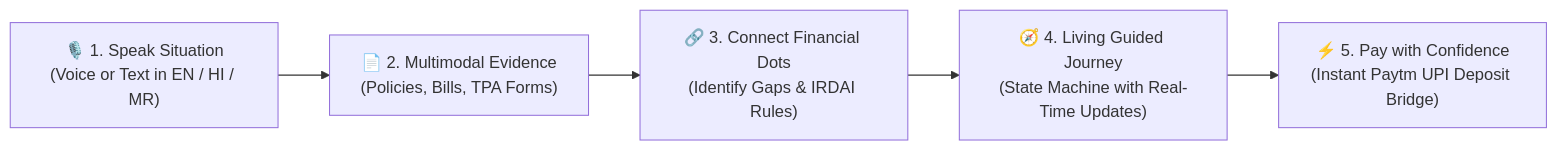
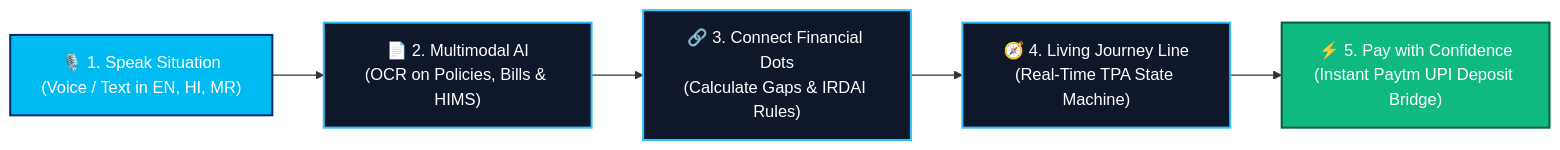
The diagram in README.md (CaptainSanskar4U/Paytm-LifeEvent-Ai), drawn with Mermaid before and after one commit. The commit also changed other lines of this file and 2 other files, not shown here.

````diff
--- a/README.md
+++ b/README.md
@@ -64,7 +127,14 @@
 ```mermaid
 flowchart LR
-    A["🎙️ 1. Speak Situation\n(Voice or Text in EN / HI / MR)"] --> B["📄 2. Multimodal Evidence\n(Policies, Bills, TPA Forms)"]
-    B --> C["🔗 3. Connect Financial Dots\n(Identify Gaps & IRDAI Rules)"]
-    C --> D["🧭 4. Living Guided Journey\n(State Machine with Real-Time Updates)"]
-    D --> E["⚡ 5. Pay with Confidence\n(Instant Paytm UPI Deposit Bridge)"]
+    A["🎙️ 1. Speak Situation\n(Voice / Text in EN, HI, MR)"] 
+    --> B["📄 2. Multimodal AI\n(OCR on Policies, Bills & HIMS)"]
+    --> C["🔗 3. Connect Financial Dots\n(Calculate Gaps & IRDAI Rules)"]
+    --> D["🧭 4. Living Journey Line\n(Real-Time TPA State Machine)"]
+    --> E["⚡ 5. Pay with Confidence\n(Instant Paytm UPI Deposit Bridge)"]
+
+    style A fill:#00baf2,stroke:#002E6E,stroke-width:2px,color:#fff
+    style B fill:#0f172a,stroke:#38bdf8,stroke-width:2px,color:#fff
+    style C fill:#0f172a,stroke:#38bdf8,stroke-width:2px,color:#fff
+    style D fill:#0f172a,stroke:#38bdf8,stroke-width:2px,color:#fff
+    style E fill:#10b981,stroke:#065f46,stroke-width:2px,color:#fff
 ```
````
